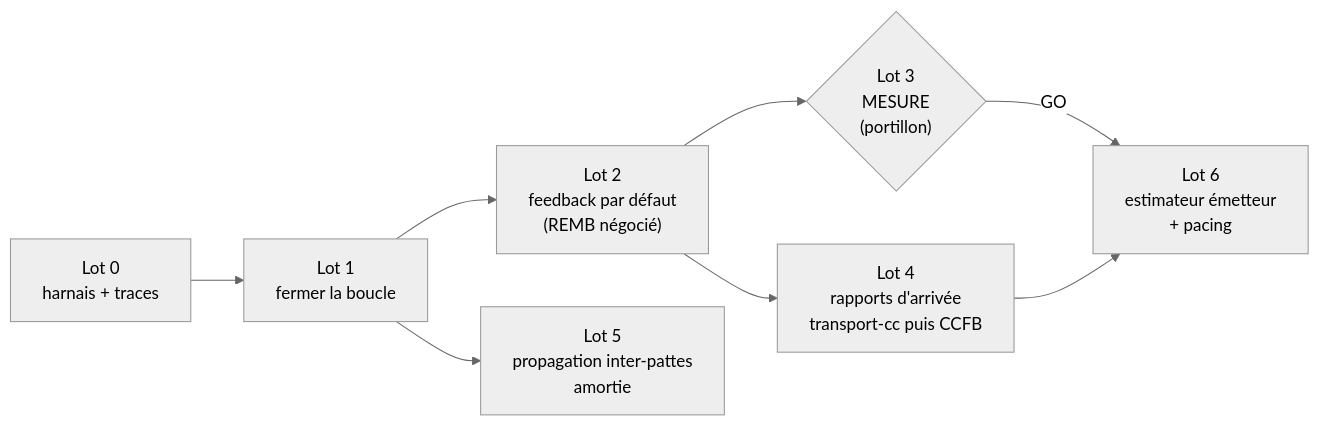
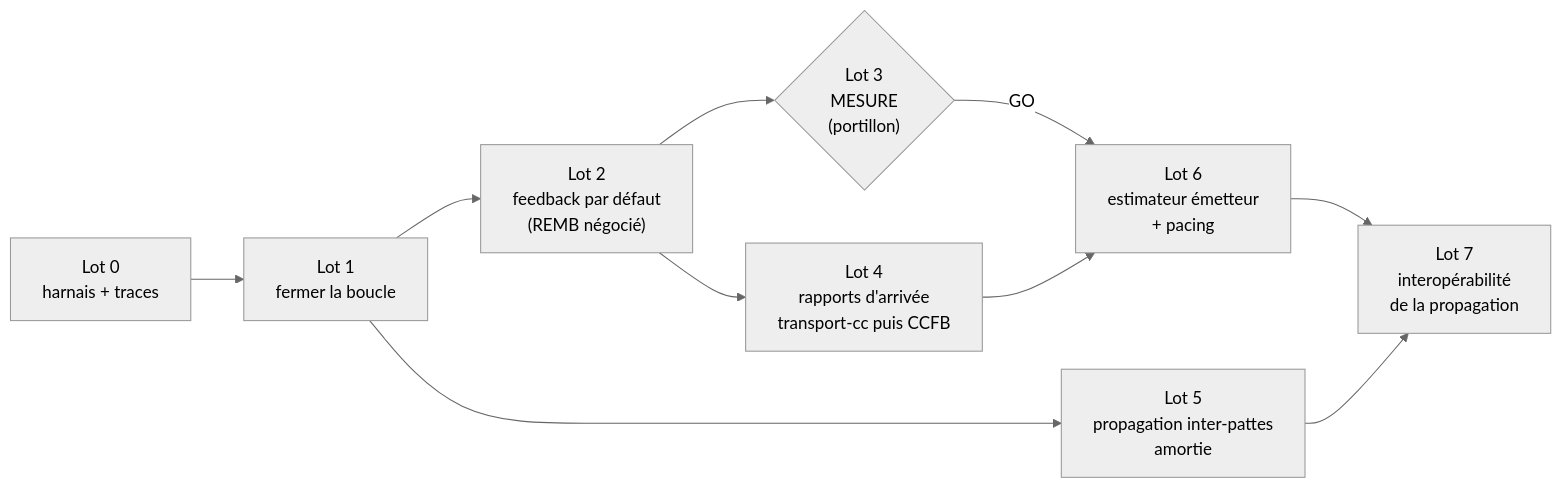
The diagram in rate_control_plan.md (neutrino38/mediaserver), drawn with Mermaid (neutral theme) before and after one commit. The commit also changed other lines of this file and 3 other files, not shown here.

````diff
--- a/rate_control_plan.md
+++ b/rate_control_plan.md
@@ -68,10 +68,12 @@
 ```mermaid
 flowchart LR
     L0["Lot 0<br/>harnais + traces"] --> L1["Lot 1<br/>fermer la boucle"]
     L1 --> L2["Lot 2<br/>feedback par défaut<br/>(REMB négocié)"]
     L2 --> L3{"Lot 3<br/>MESURE<br/>(portillon)"}
     L1 --> L5["Lot 5<br/>propagation inter-pattes<br/>amortie"]
     L2 --> L4["Lot 4<br/>rapports d'arrivée<br/>transport-cc puis CCFB"]
     L3 -->|GO| L6["Lot 6<br/>estimateur émetteur<br/>+ pacing"]
     L4 --> L6
+    L6 --> L7["Lot 7<br/>interopérabilité<br/>de la propagation"]
+    L5 --> L7
 ```
````
